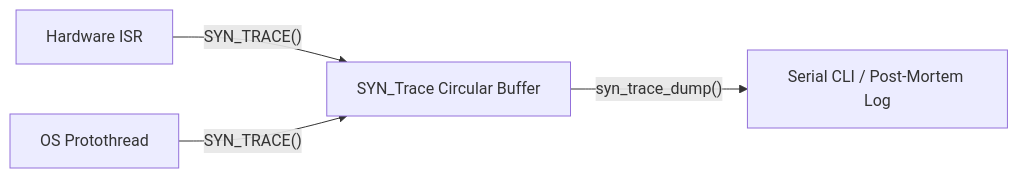
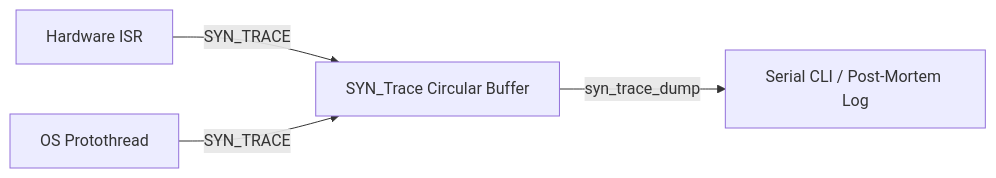
Before and after one commit to chenyurong22/SyntropicOS: the diagram in docs/modules/debug.md, drawn with Mermaid. The commit also changed 8 other files, not shown here.

First line of the commit message:
docs(mermaid): fix unquoted parentheses and invalid syntax across all documentation diagrams

````diff
--- a/docs/modules/debug.md
+++ b/docs/modules/debug.md
@@ -19,6 +19,6 @@
 ```mermaid
 flowchart LR
-    ISR["Hardware ISR"] -- SYN_TRACE() --> RingBuffer["SYN_Trace Circular Buffer"]
-    Task["OS Protothread"] -- SYN_TRACE() --> RingBuffer
-    RingBuffer -- syn_trace_dump() --> CLI["Serial CLI / Post-Mortem Log"]
+    ISR["Hardware ISR"] -->|SYN_TRACE| RingBuffer["SYN_Trace Circular Buffer"]
+    Task["OS Protothread"] -->|SYN_TRACE| RingBuffer
+    RingBuffer -->|syn_trace_dump| CLI["Serial CLI / Post-Mortem Log"]
 ```
````
